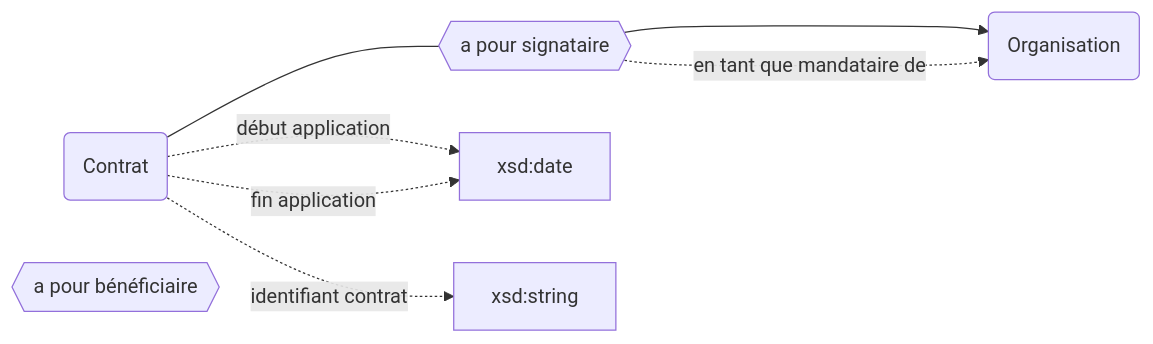
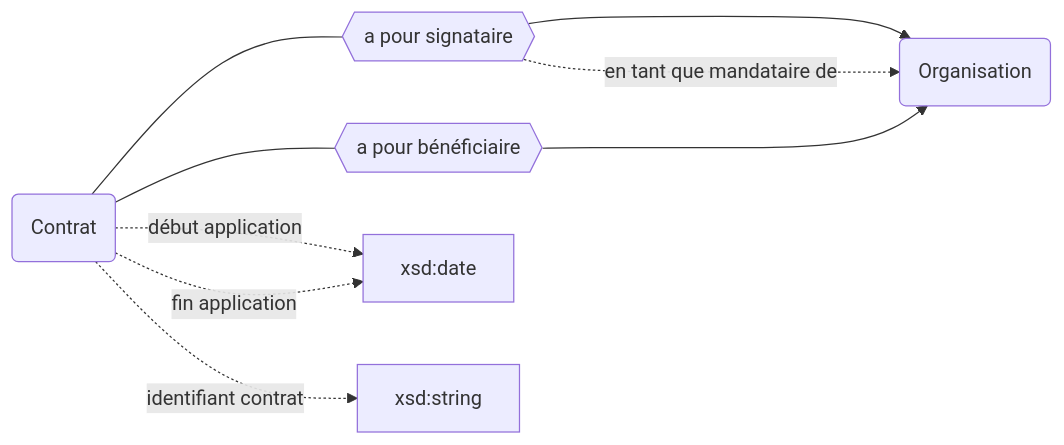
One commit to abes-esr/movies-documentation changed the third of 3 diagrams in docs/Modélisation Movies/Contrat de documentation électronique/Contrat de documentation électronique.md. Above: the diagram before and after it, drawn with Mermaid.

Commit message:
Update Contrat de documentation électronique.md

````diff
--- a/docs/Modélisation Movies/Contrat de documentation électronique/Contrat de documentation électronique.md
+++ b/docs/Modélisation Movies/Contrat de documentation électronique/Contrat de documentation électronique.md
@@ -44,13 +44,15 @@
 ```mermaid
 graph LR
     CONTRAT(Contrat)
     SIG{{a pour signataire}}
     BEN{{a pour bénéficiaire}}
     ORG(Organisation)
   
     CONTRAT -.-> |début application| xsd:date
     CONTRAT -.-> |fin application| xsd:date
     CONTRAT --- SIG ---> ORG
     SIG -.-> |en tant que mandataire de| ORG
     CONTRAT -.-> |identifiant contrat| S[xsd:string]
+    CONTRAT --- BEN ---> ORG
+    
 ```
````
